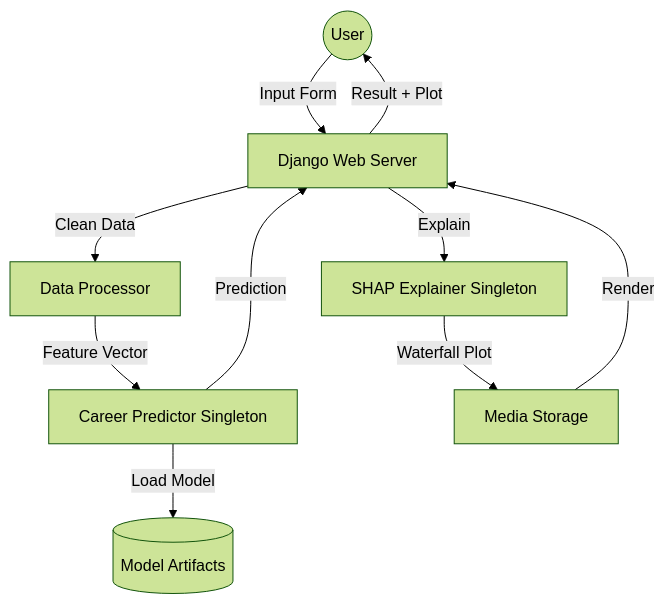
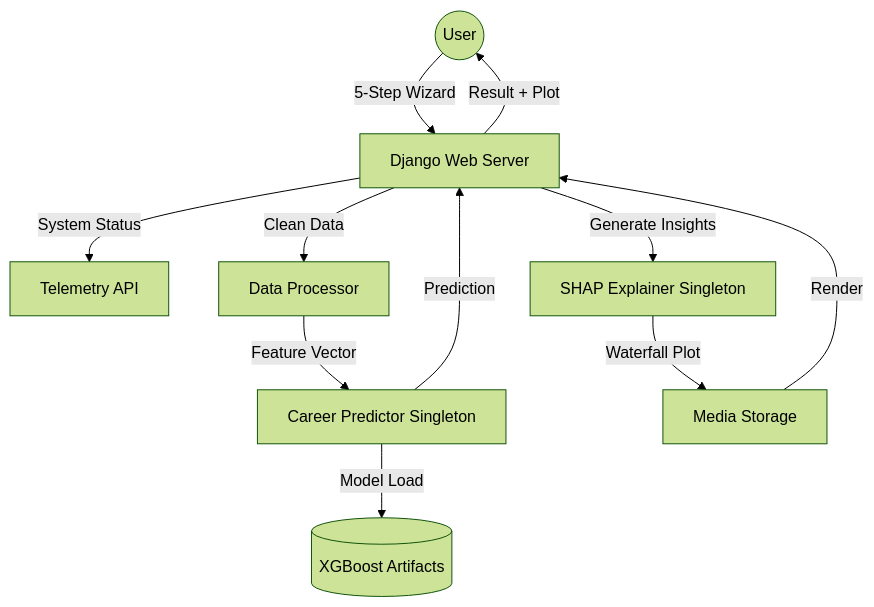
One commit to beingmushfiq/SHAP-Driven-Career-Predictor changed the diagram in README.md. Above: the diagram before and after it, drawn with Mermaid (forest theme). The commit also changed other lines of this file and 31 other files, not shown here.

Commit message:
feat: implement SHAP-driven career prediction web application with data processing pipeline and form-based UI

````diff
--- a/README.md
+++ b/README.md
@@ -27,12 +44,13 @@
 ```mermaid
 graph TD
-    User((User)) -->|Input Form| Django[Django Web Server]
+    User((User)) -->|5-Step Wizard| Django[Django Web Server]
+    Django -->|System Status| Telemetry[Telemetry API]
     Django -->|Clean Data| Processor[Data Processor]
     Processor -->|Feature Vector| Predictor[Career Predictor Singleton]
-    Predictor -->|Load Model| Models[(Model Artifacts)]
+    Predictor -->|Model Load| Models[(XGBoost Artifacts)]
     Predictor -->|Prediction| Django
-    Django -->|Explain| Explainer[SHAP Explainer Singleton]
+    Django -->|Generate Insights| Explainer[SHAP Explainer Singleton]
     Explainer -->|Waterfall Plot| Plots[Media Storage]
     Plots -->|Render| Django
     Django -->|Result + Plot| User
 ```
````
